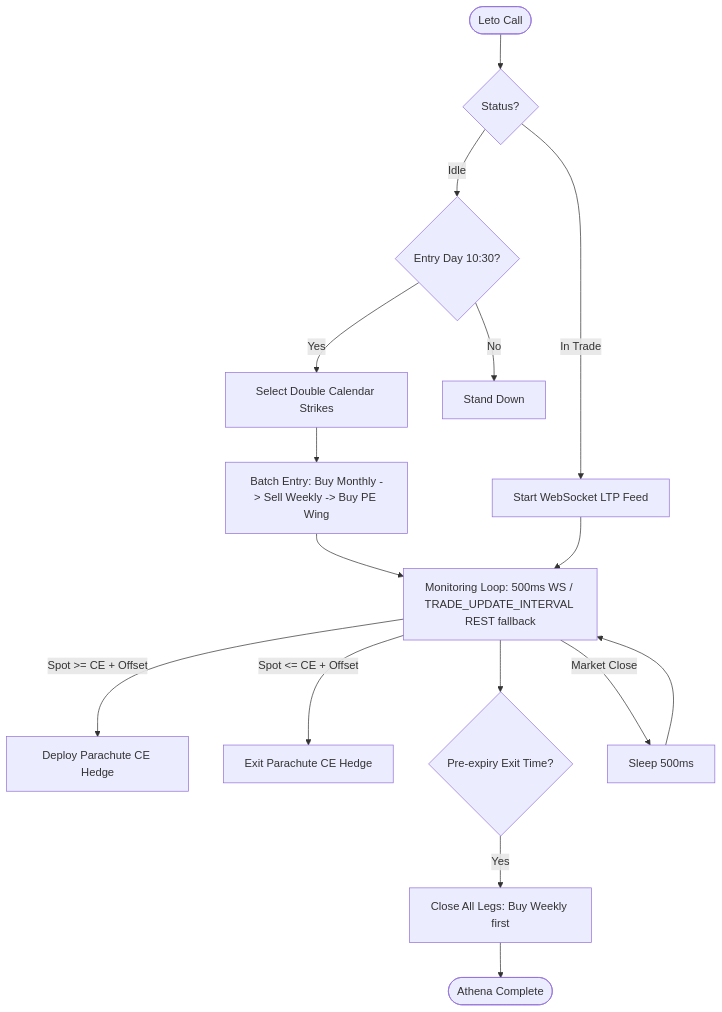
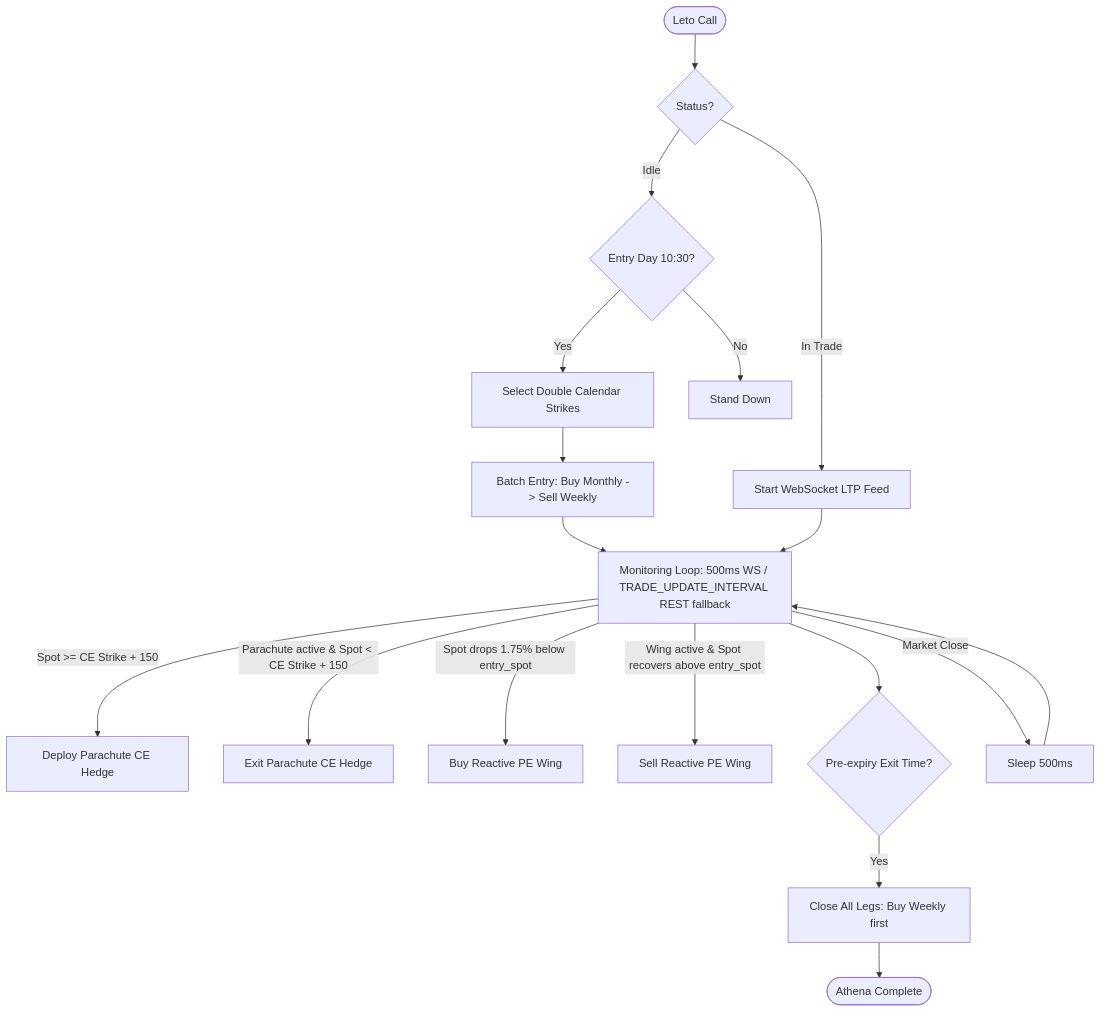
The diagram in athena_production/README.md (parijnan/algo-trading-lab), drawn with Mermaid before and after one commit. The commit also changed 1 other file, not shown here.

Commit message:
README: fix routing flowchart and Athena PE wing flowchart
leto README:
- Override check now shown before Friday check in Mermaid diagram
- Override edge label no longer carries VIX condition
- Routing steps renumbered; override step moved to priority 5 (any day)

athena_production README:
- Entry node no longer shows PE wing (ENABLE_SAFETY_WINGS=False; no wing at entry)
- Monitoring loop now shows reactive PE wing trigger and exit edges
- Parachute trigger label updated to match actual condition (CE Strike + 150)

````diff
--- a/athena_production/README.md
+++ b/athena_production/README.md
@@ -38,24 +38,26 @@
 ```mermaid
 graph TD
     Start([Leto Call]) --> Status{Status?}
     
     Status -- Idle --> DayCheck{Entry Day 10:30?}
     DayCheck -- Yes --> Strikes[Select Double Calendar Strikes]
-    Strikes --> Entry[Batch Entry: Buy Monthly -> Sell Weekly -> Buy PE Wing]
+    Strikes --> Entry[Batch Entry: Buy Monthly -> Sell Weekly]
     Entry --> Poll[Monitoring Loop: 500ms WS / TRADE_UPDATE_INTERVAL REST fallback]
     
     Status -- In Trade --> WS[Start WebSocket LTP Feed]
     WS --> Poll
     
-    Poll -- Spot >= CE + Offset --> Hedge[Deploy Parachute CE Hedge]
-    Poll -- Spot <= CE + Offset --> Unhedge[Exit Parachute CE Hedge]
+    Poll -- "Spot >= CE Strike + 150" --> Hedge[Deploy Parachute CE Hedge]
+    Poll -- "Parachute active & Spot < CE Strike + 150" --> Unhedge[Exit Parachute CE Hedge]
+    Poll -- "Spot drops 1.75% below entry_spot" --> WingIn[Buy Reactive PE Wing]
+    Poll -- "Wing active & Spot recovers above entry_spot" --> WingOut[Sell Reactive PE Wing]
     
     Poll --> ExitCheck{Pre-expiry Exit Time?}
     ExitCheck -- Yes --> Close[Close All Legs: Buy Weekly first]
     Close --> End([Athena Complete])
     
     Poll -- Market Close --> Sleep[Sleep 500ms]
     Sleep --> Poll
     
     DayCheck -- No --> StandDown[Stand Down]
 ```
````
